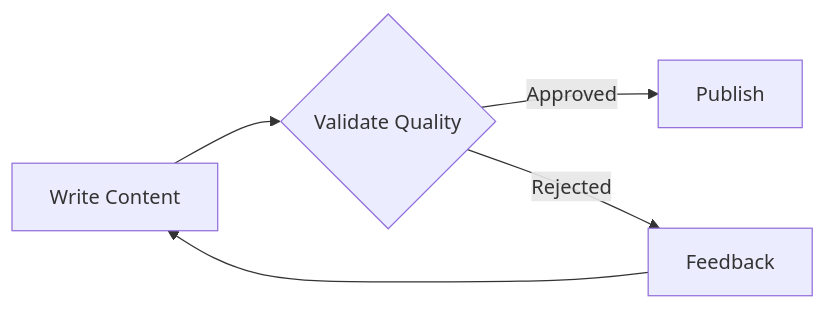
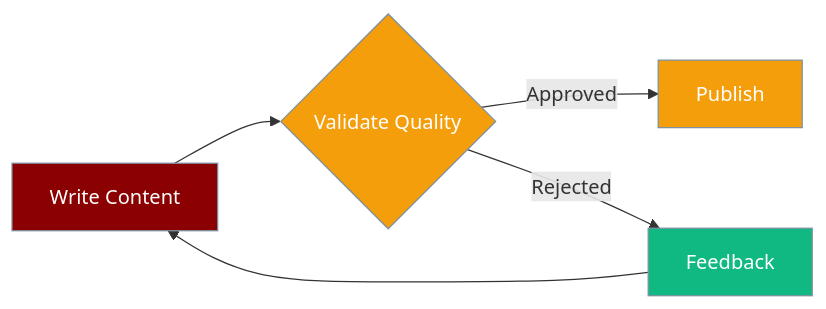
One commit to MervinPraison/PraisonAIDocs changed the diagram in docs/features/workflow-validation.mdx. Above: the diagram before and after it, drawn with Mermaid. The commit also changed other lines of this file and 19 other files, not shown here.

````diff
--- a/docs/features/workflow-validation.mdx
+++ b/docs/features/workflow-validation.mdx
@@ -12,7 +12,15 @@
 ```mermaid
 graph LR
     A[Write Content] --> B{Validate Quality}
     B -->|Approved| C[Publish]
     B -->|Rejected| D[Feedback]
     D --> A
+    classDef agent fill:#8B0000,stroke:#7C90A0,color:#fff
+    classDef tool fill:#189AB4,stroke:#7C90A0,color:#fff
+    classDef warn fill:#F59E0B,stroke:#7C90A0,color:#fff
+    classDef success fill:#10B981,stroke:#7C90A0,color:#fff
+    class A agent
+    class B,C warn
+    class D success
+
 ```
````
